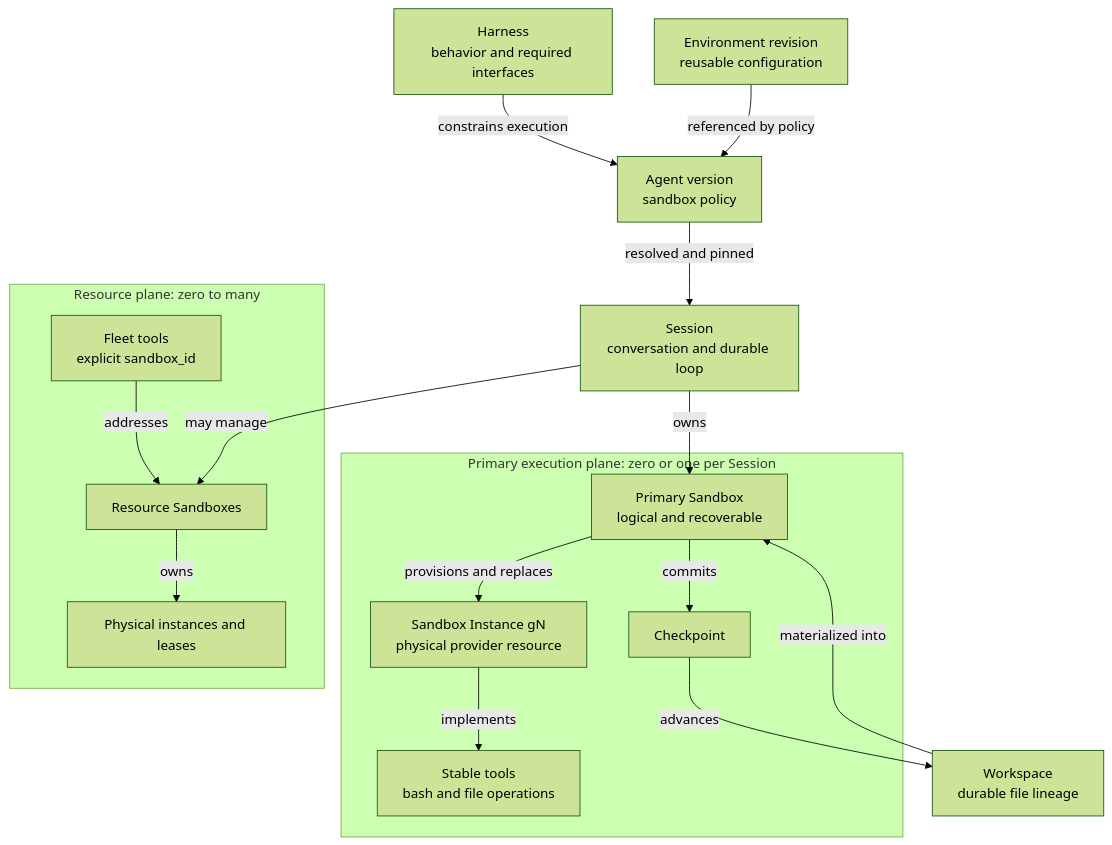
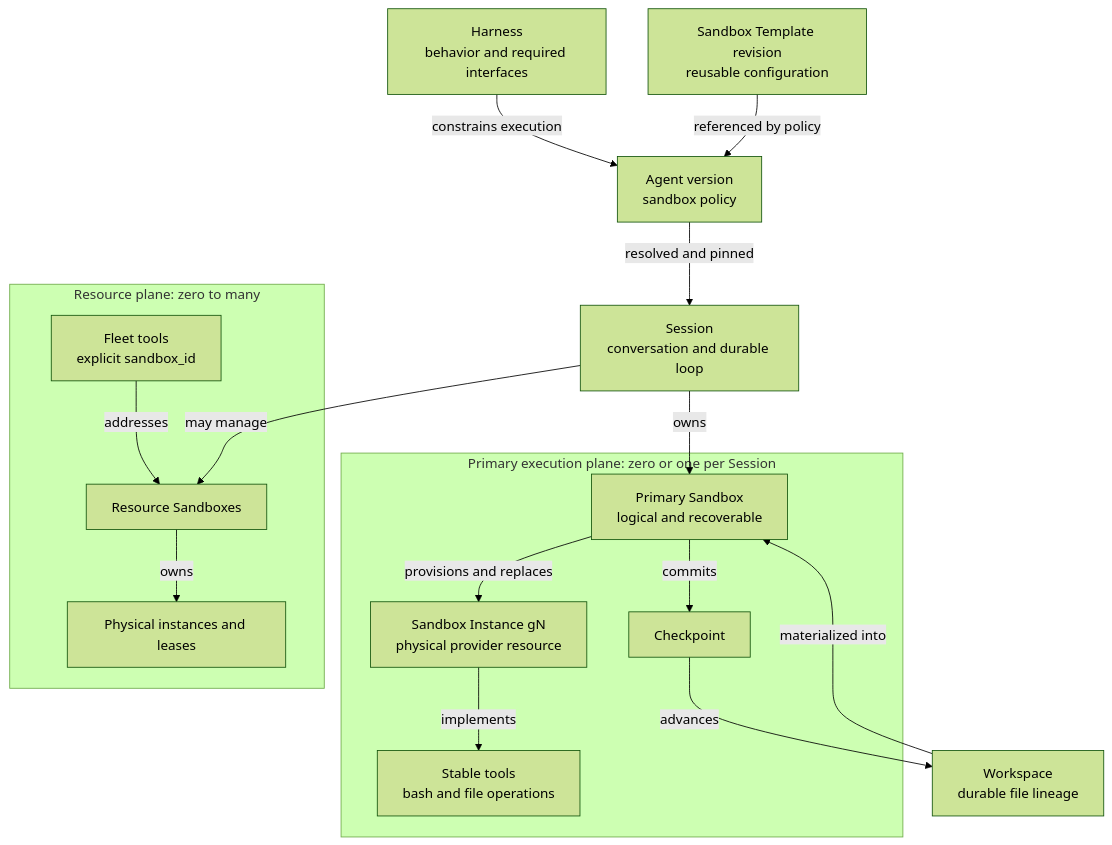
One commit to everruns/everruns changed the first of 2 diagrams in knowledge/harnesses/sandbox-abstraction.md. Above: the diagram before and after it, drawn with Mermaid (forest theme). The commit also changed other lines of this file and 136 other files, not shown here.

````diff
--- a/knowledge/harnesses/sandbox-abstraction.md
+++ b/knowledge/harnesses/sandbox-abstraction.md
@@ -43,36 +43,36 @@
 ```mermaid
 flowchart TB
     H["Harness<br/>behavior and required interfaces"]
     A["Agent version<br/>sandbox policy"]
-    E["Environment revision<br/>reusable configuration"]
+    E["Sandbox Template revision<br/>reusable configuration"]
     S["Session<br/>conversation and durable loop"]
     W["Workspace<br/>durable file lineage"]
 
     H -->|"constrains execution"| A
     E -->|"referenced by policy"| A
     A -->|"resolved and pinned"| S
 
     subgraph primary["Primary execution plane: zero or one per Session"]
         P["Primary Sandbox<br/>logical and recoverable"]
         I["Sandbox Instance gN<br/>physical provider resource"]
         C["Checkpoint"]
         T["Stable tools<br/>bash and file operations"]
         P -->|"provisions and replaces"| I
         I -->|"implements"| T
         P -->|"commits"| C
     end
 
     S -->|"owns"| P
     W -->|"materialized into"| P
     C -->|"advances"| W
 
     subgraph fleet["Resource plane: zero to many"]
         R["Resource Sandboxes"]
         RI["Physical instances and leases"]
         RT["Fleet tools<br/>explicit sandbox_id"]
         R -->|"owns"| RI
         RT -->|"addresses"| R
     end
 
     S -->|"may manage"| R
 ```
````
